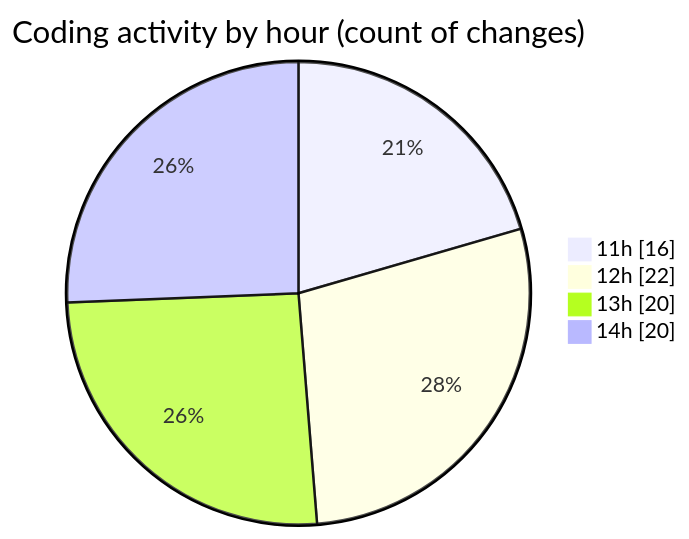
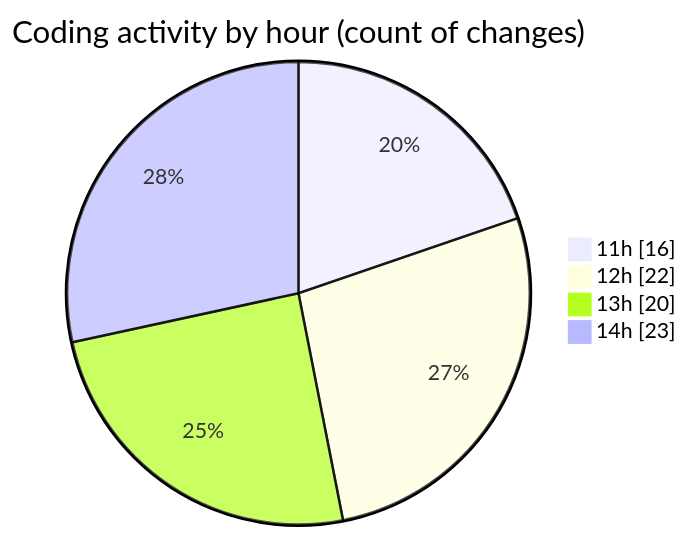
Before and after one commit to donsfak/code-tracking: the second of 2 diagrams in 2025-03-25/wordle/README.md, drawn with Mermaid. The commit also changed other lines of this file and 1 other file, not shown here.

````diff
--- a/2025-03-25/wordle/README.md
+++ b/2025-03-25/wordle/README.md
@@ -36,8 +36,8 @@
 ```mermaid
 pie showData
 title Coding activity by hour (count of changes)
 "11h" : 16
 "12h" : 22
 "13h" : 20
-"14h" : 20
+"14h" : 23
 ```
````
